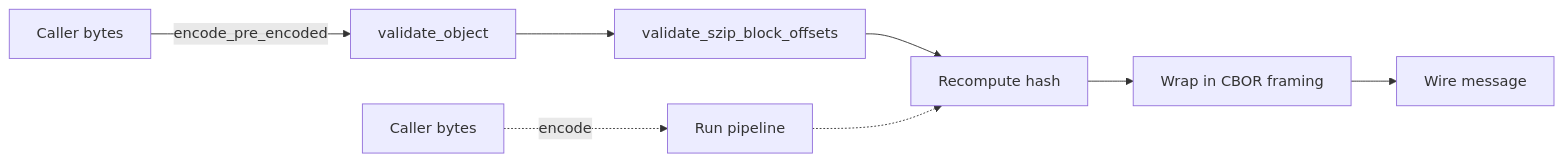
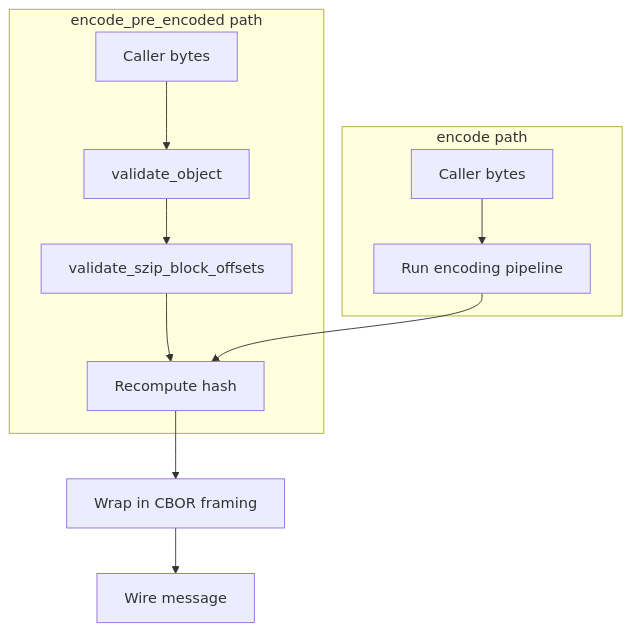
The diagram in docs/src/guide/encode-pre-encoded.md (ecmwf/tensogram), drawn with Mermaid before and after one commit. The commit also changed other lines of this file and 5 other files, not shown here.

Commit message:
docs: fix wire-format table alignment, mermaid diagram readability and colors

````diff
--- a/docs/src/guide/encode-pre-encoded.md
+++ b/docs/src/guide/encode-pre-encoded.md
@@ -157,11 +157,16 @@
 ```mermaid
-flowchart LR
-    A[Caller bytes] -->|encode_pre_encoded| B[validate_object]
-    B --> C[validate_szip_block_offsets]
-    C --> D[Recompute hash]
+flowchart TD
+    subgraph pre["encode_pre_encoded path"]
+        A[Caller bytes] --> B[validate_object]
+        B --> C[validate_szip_block_offsets]
+        C --> D[Recompute hash]
+    end
+
+    subgraph normal["encode path"]
+        G[Caller bytes] --> H[Run encoding pipeline]
+        H --> D
+    end
+
     D --> E[Wrap in CBOR framing]
     E --> F[Wire message]
-    
-    G[Caller bytes] -.->|encode| H[Run pipeline]
-    H -.-> D
 ```
````
